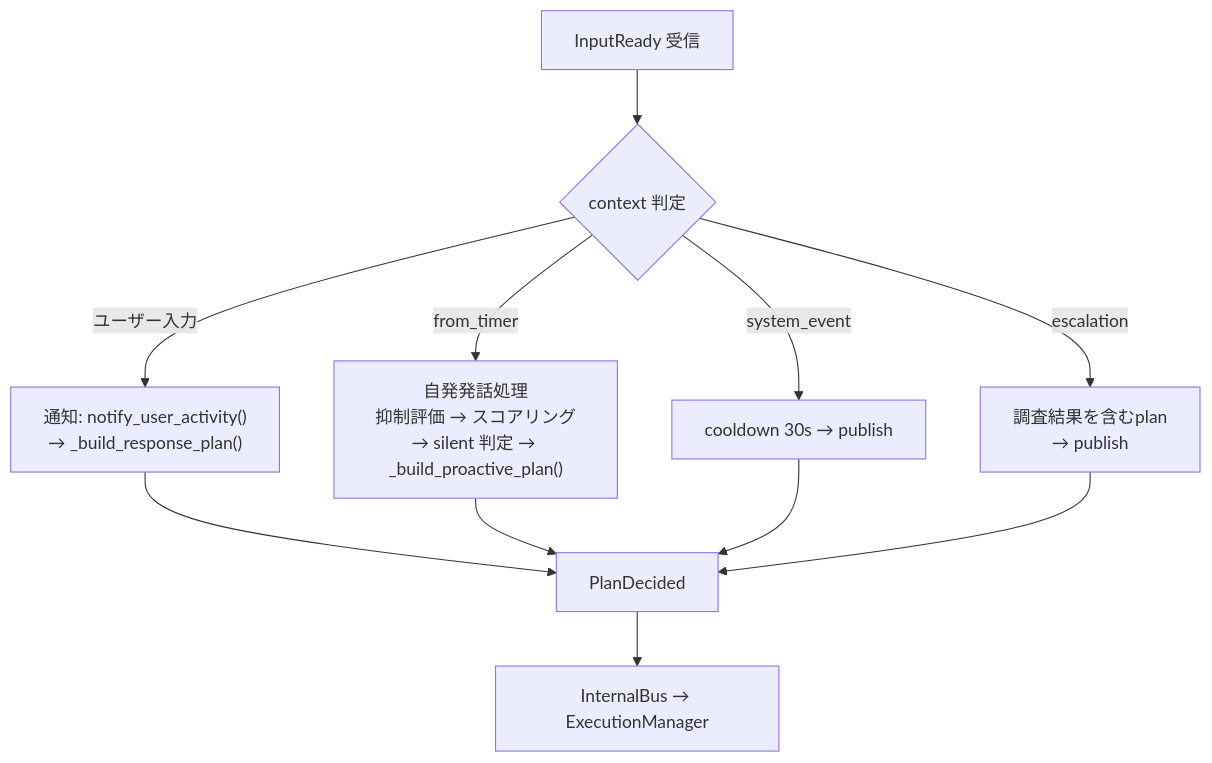
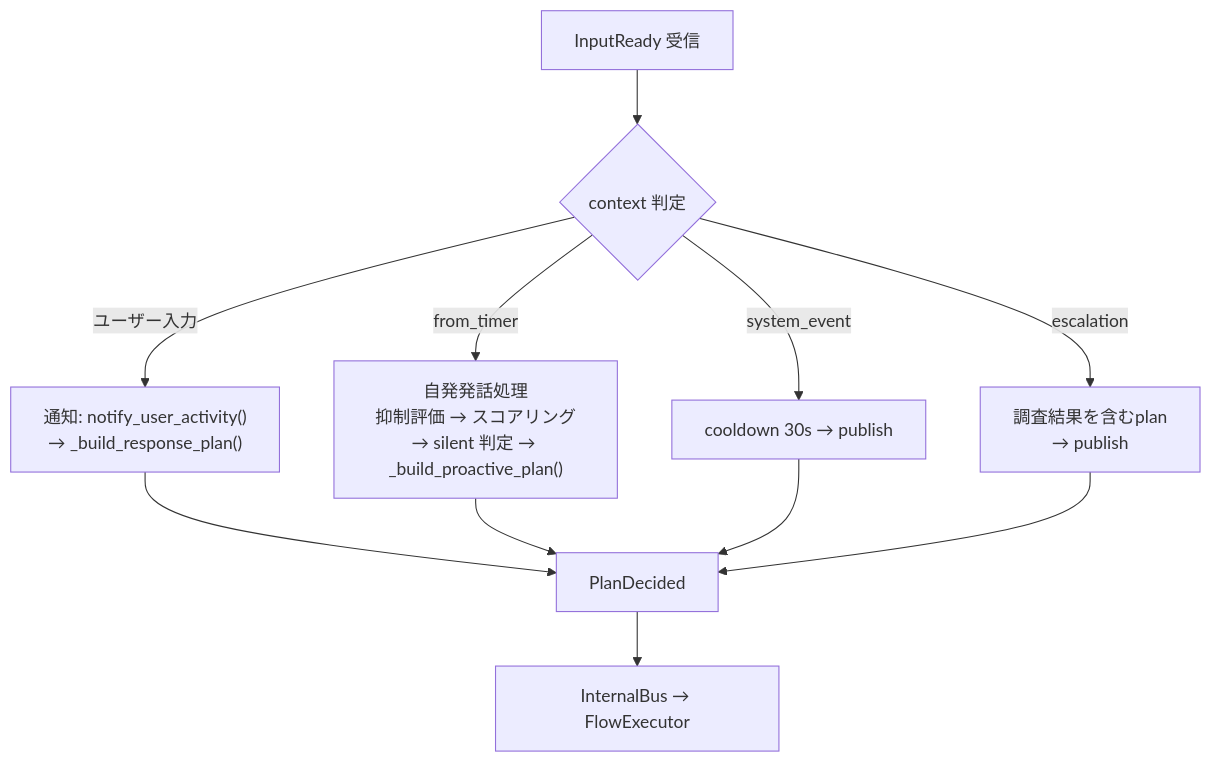
The diagram in docs/how-it-works/05-decision-making.md (ibukani/iris-mind), drawn with Mermaid before and after one commit. The commit also changed 35 other files, not shown here.

````diff
--- a/docs/how-it-works/05-decision-making.md
+++ b/docs/how-it-works/05-decision-making.md
@@ -5,15 +5,15 @@
 ```mermaid
 flowchart TD
     IR["InputReady 受信"] --> DEC{"context 判定"}
     DEC -->|ユーザー入力| USER["通知: notify_user_activity()<br/>→ _build_response_plan()"]
     DEC -->|from_timer| PRO["自発発話処理<br/>抑制評価 → スコアリング<br/>→ silent 判定 → _build_proactive_plan()"]
     DEC -->|system_event| SYS["cooldown 30s → publish"]
     DEC -->|escalation| ESC["調査結果を含むplan<br/>→ publish"]
 
     USER --> PLAN1["PlanDecided"]
     PRO --> PLAN1
     SYS --> PLAN1
     ESC --> PLAN1
 
-    PLAN1 --> IB["InternalBus → ExecutionManager"]
+    PLAN1 --> IB["InternalBus → FlowExecutor"]
 ```
````
